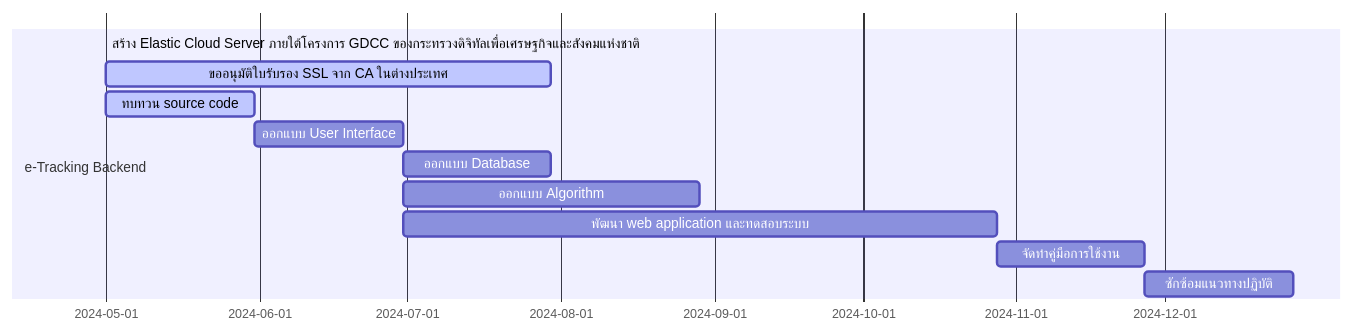
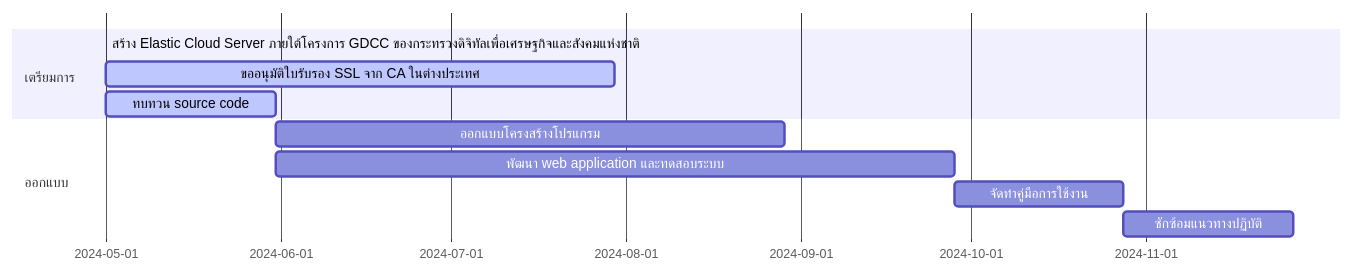
Before and after one commit to Kietpawpan/e-tracking: the first of 2 diagrams in README.md, drawn with Mermaid.

````diff
--- a/README.md
+++ b/README.md
@@ -10,15 +10,14 @@
 ```mermaid
 gantt
-    section e-Tracking Backend
+    section เตรียมการ
     สร้าง Elastic Cloud Server ภายใต้โครงการ GDCC ของกระทรวงดิจิทัลเพื่อเศรษฐกิจและสังคมแห่งชาติ :done,    des1, 2024-05-01,2024-05-30
     ขออนุมัติใบรับรอง SSL จาก CA ในต่างประเทศ        :active, des2, after des1, 90d
     ทบทวน source code  :   active, des3, after des1, 30d
-    ออกแบบ User Interface  :         des4, after des3, 30d
-    ออกแบบ Database   :         des5, after des4, 30d
-    ออกแบบ Algorithm   :         des6, after des4, 60d
-    พัฒนา web application และทดสอบระบบ   :         des7, after des4, 120d
+    section ออกแบบ
+    ออกแบบโครงสร้างโปรแกรม  :         des4, after des3, 90d
+    พัฒนา web application และทดสอบระบบ   :         des7, after des3, 120d
     จัดทำคู่มือการใช้งาน   :         des8, after des7, 30d
     ซักซ้อมแนวทางปฏิบัติ   :         des9, after des8, 30d
 
 
 ```
````
